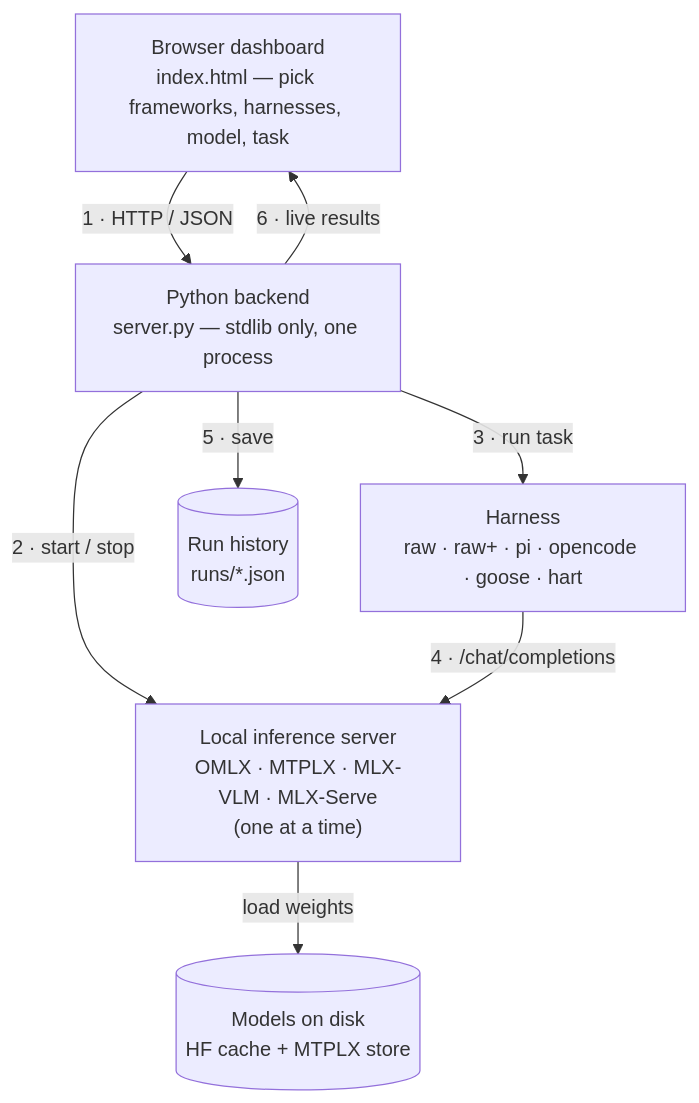
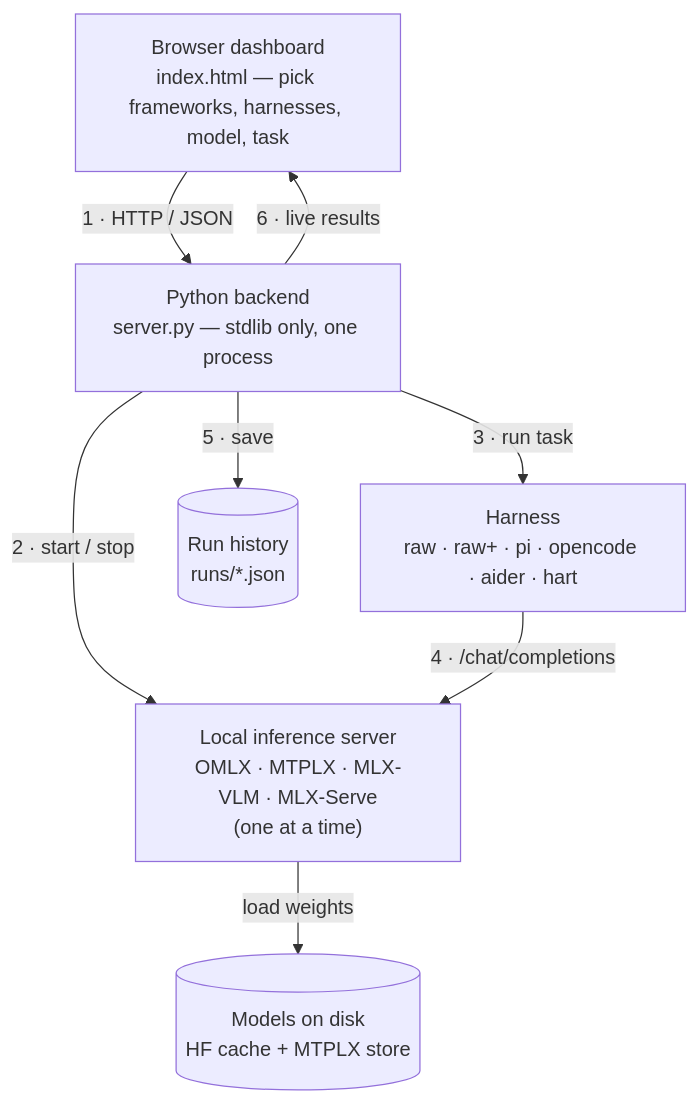
Before and after one commit to akshaya-git/benchtest: the first of 6 diagrams in ARCHITECTURE.md, drawn with Mermaid. The commit also changed other lines of this file and 7 other files, not shown here.

````diff
--- a/ARCHITECTURE.md
+++ b/ARCHITECTURE.md
@@ -9,22 +9,22 @@
 ```mermaid
 flowchart TB
     UI["Browser dashboard<br/>index.html — pick frameworks, harnesses, model, task"]
 
     API["Python backend<br/>server.py — stdlib only, one process"]
 
     FW["Local inference server<br/>OMLX · MTPLX · MLX-VLM · MLX-Serve<br/>(one at a time)"]
 
-    H["Harness<br/>raw · raw+ · pi · opencode · goose · hart"]
+    H["Harness<br/>raw · raw+ · pi · opencode · aider · hart"]
 
     M[("Models on disk<br/>HF cache + MTPLX store")]
 
     R[("Run history<br/>runs/*.json")]
 
     UI -->|"1 · HTTP / JSON"| API
     API -->|"2 · start / stop"| FW
     API -->|"3 · run task"| H
     H -->|"4 · /chat/completions"| FW
     FW -->|"load weights"| M
     API -->|"5 · save"| R
     API -->|"6 · live results"| UI
 ```
````
